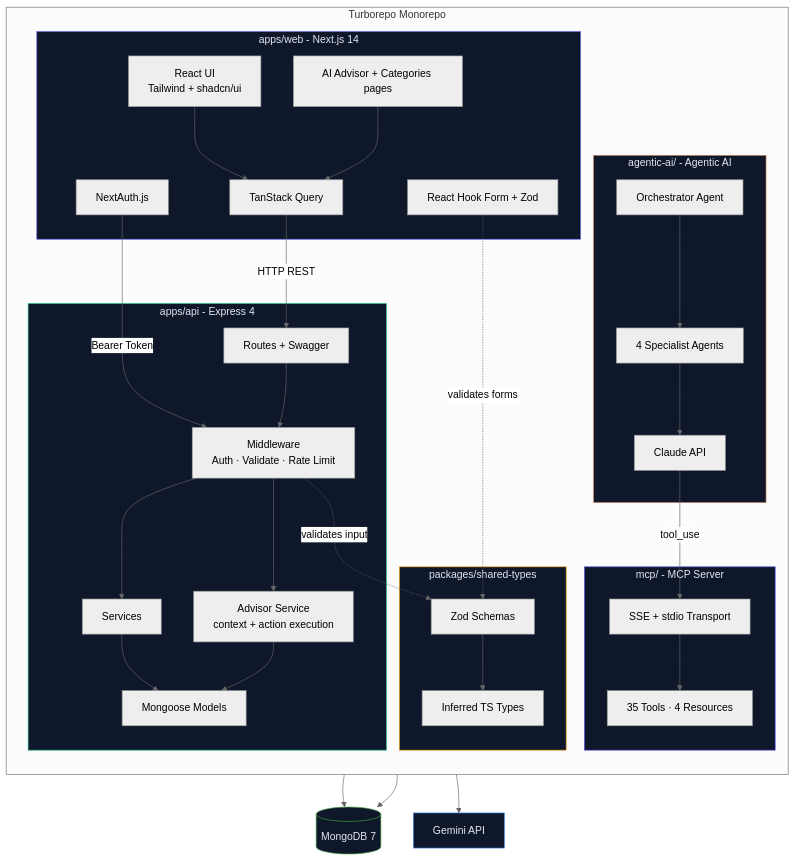
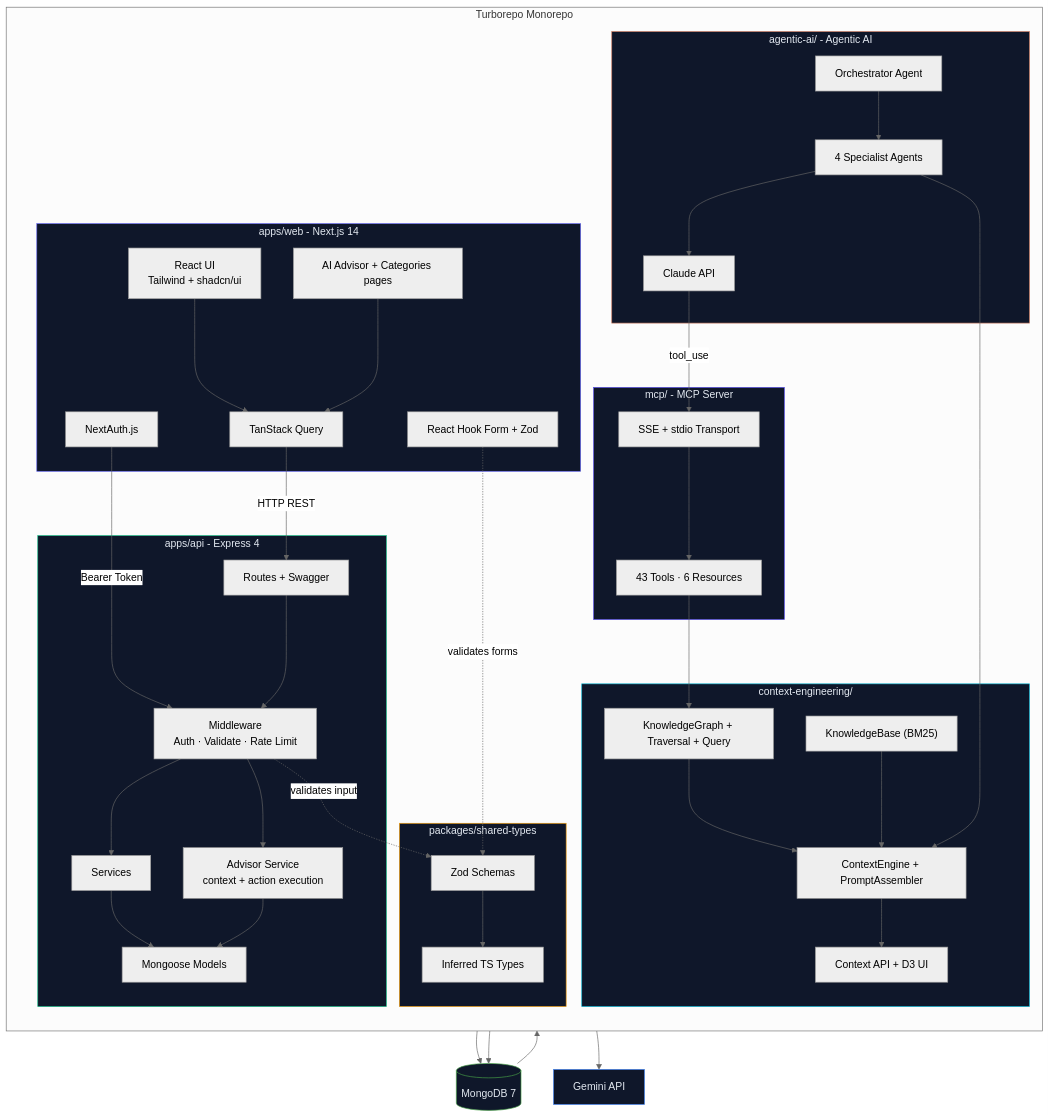
The first of 7 diagrams in README.md (hoangsonww/WealthWise-Finance-Tracker), drawn with Mermaid (neutral theme) before and after one commit. The commit also changed other lines of this file and 50 other files, not shown here.

Commit message:
feat(context): enhance context integration for user-specific financial prompts and architecture documentation

````diff
--- a/README.md
+++ b/README.md
@@ -104,64 +106,78 @@
 ```mermaid
 graph TB
     subgraph Monorepo["Turborepo Monorepo"]
         direction TB
 
         subgraph Frontend["apps/web - Next.js 14"]
             UI["React UI<br/>Tailwind + shadcn/ui"]
             RQ["TanStack Query"]
             NA["NextAuth.js"]
             RHF["React Hook Form + Zod"]
             AdvisorUI["AI Advisor + Categories pages"]
         end
 
         subgraph Backend["apps/api - Express 4"]
             Routes["Routes + Swagger"]
             MW["Middleware<br/>Auth · Validate · Rate Limit"]
             Services["Services"]
             AdvisorService["Advisor Service<br/>context + action execution"]
             Models["Mongoose Models"]
         end
 
         subgraph Shared["packages/shared-types"]
             Schemas["Zod Schemas"]
             Types["Inferred TS Types"]
         end
 
         subgraph MCP["mcp/ - MCP Server"]
-            MCPTools["35 Tools · 4 Resources"]
+            MCPTools["43 Tools · 6 Resources"]
             MCPTransport["SSE + stdio Transport"]
+        end
+
+        subgraph ContextEngineering["context-engineering/"]
+            CEGraph["KnowledgeGraph + Traversal + Query"]
+            CEKb["KnowledgeBase (BM25)"]
+            CEEngine["ContextEngine + PromptAssembler"]
+            CEApi["Context API + D3 UI"]
         end
 
         subgraph AgenticAI["agentic-ai/ - Agentic AI"]
             Orchestrator["Orchestrator Agent"]
             Specialists["4 Specialist Agents"]
             ClaudeAPI["Claude API"]
         end
     end
 
     DB[(MongoDB 7)]
     Gemini["Gemini API"]
 
     UI --> RQ
     AdvisorUI --> RQ
     RQ -->|"HTTP REST"| Routes
     NA -->|"Bearer Token"| MW
     RHF -.->|"validates forms"| Schemas
     Routes --> MW --> Services --> Models --> DB
     MW --> AdvisorService
     AdvisorService --> Models
     AdvisorService --> Gemini
     MW -.->|"validates input"| Schemas
     Schemas --> Types
+    DB --> CEGraph
+    CEGraph --> CEEngine
+    CEKb --> CEEngine
+    CEEngine --> CEApi
+    MCPTools --> CEGraph
     Orchestrator --> Specialists --> ClaudeAPI
     ClaudeAPI -->|"tool_use"| MCPTransport
     MCPTransport --> MCPTools --> DB
+    Specialists --> CEEngine
 
     style Frontend fill:#0f172a,stroke:#6366f1,color:#e2e8f0
     style Backend fill:#0f172a,stroke:#10b981,color:#e2e8f0
     style Shared fill:#0f172a,stroke:#f59e0b,color:#e2e8f0
     style MCP fill:#0f172a,stroke:#4f46e5,color:#e2e8f0
+    style ContextEngineering fill:#0f172a,stroke:#06b6d4,color:#e2e8f0
     style AgenticAI fill:#0f172a,stroke:#cc785c,color:#e2e8f0
     style DB fill:#0f172a,stroke:#47a248,color:#e2e8f0
     style Gemini fill:#0f172a,stroke:#4285f4,color:#e2e8f0
 ```
````
